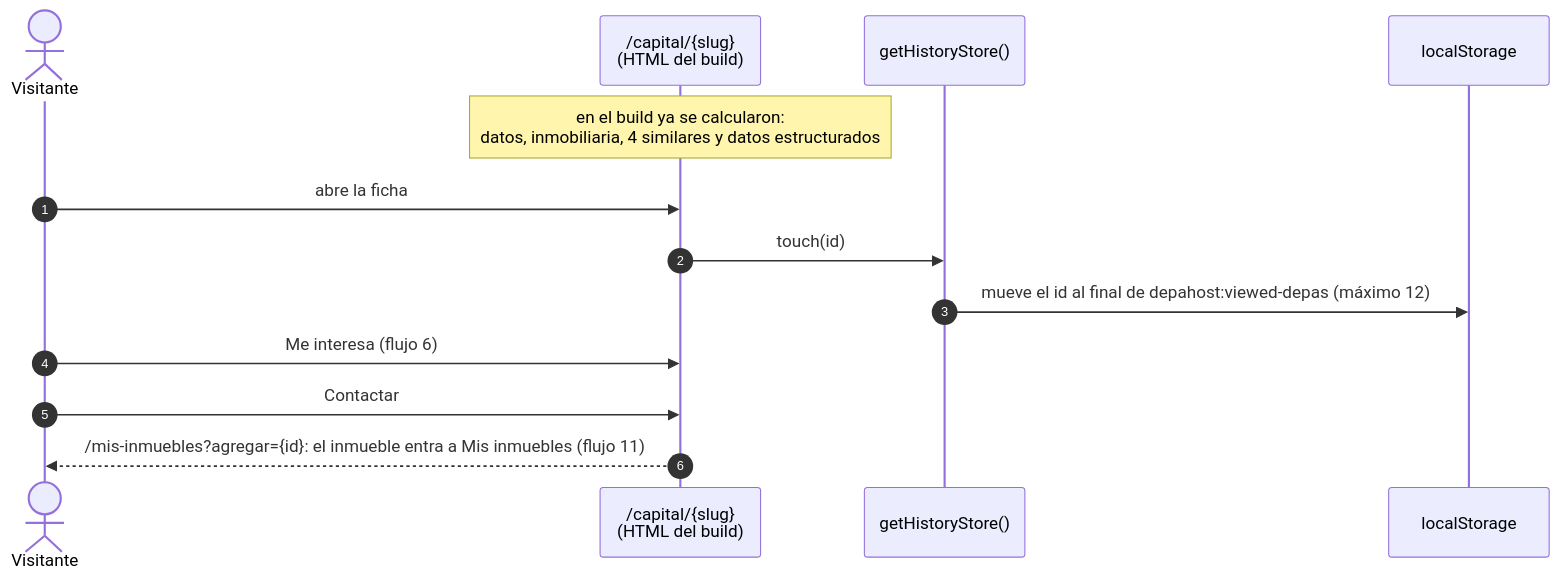
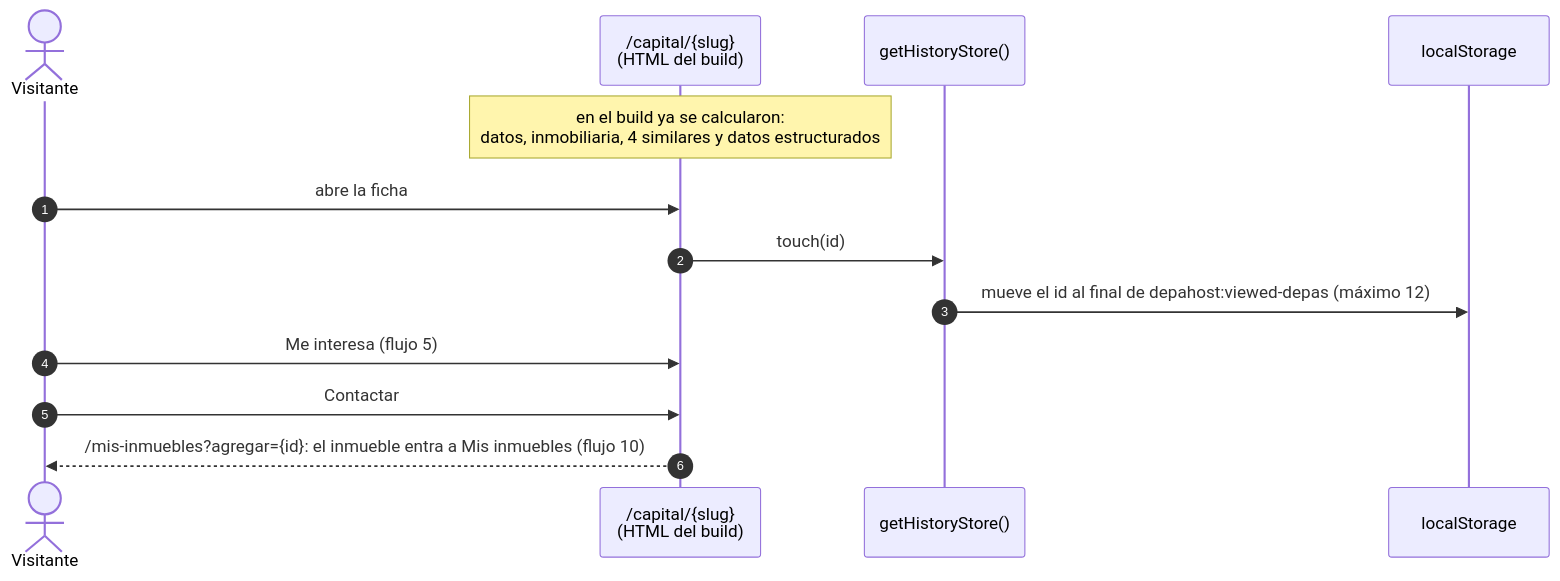
One commit to samirharrytl/DHC_landing changed the eighth of 16 diagrams in docs/plataforma/05-flujos.md. Above: the diagram before and after it, drawn with Mermaid. The commit also changed other lines of this file and 94 other files, not shown here.

````diff
--- a/docs/plataforma/05-flujos.md
+++ b/docs/plataforma/05-flujos.md
@@ -324,16 +307,16 @@
 ```mermaid
 sequenceDiagram
     autonumber
     actor V as Visitante
     participant PG as /capital/{slug}<br/>(HTML del build)
     participant HS as getHistoryStore()
     participant LS as localStorage
 
     Note over PG: en el build ya se calcularon:<br/>datos, inmobiliaria, 4 similares y datos estructurados
     V->>PG: abre la ficha
     PG->>HS: touch(id)
     HS->>LS: mueve el id al final de depahost:viewed-depas (máximo 12)
-    V->>PG: Me interesa (flujo 6)
+    V->>PG: Me interesa (flujo 5)
     V->>PG: Contactar
-    PG-->>V: /mis-inmuebles?agregar={id}: el inmueble entra a Mis inmuebles (flujo 11)
+    PG-->>V: /mis-inmuebles?agregar={id}: el inmueble entra a Mis inmuebles (flujo 10)
 ```
````
